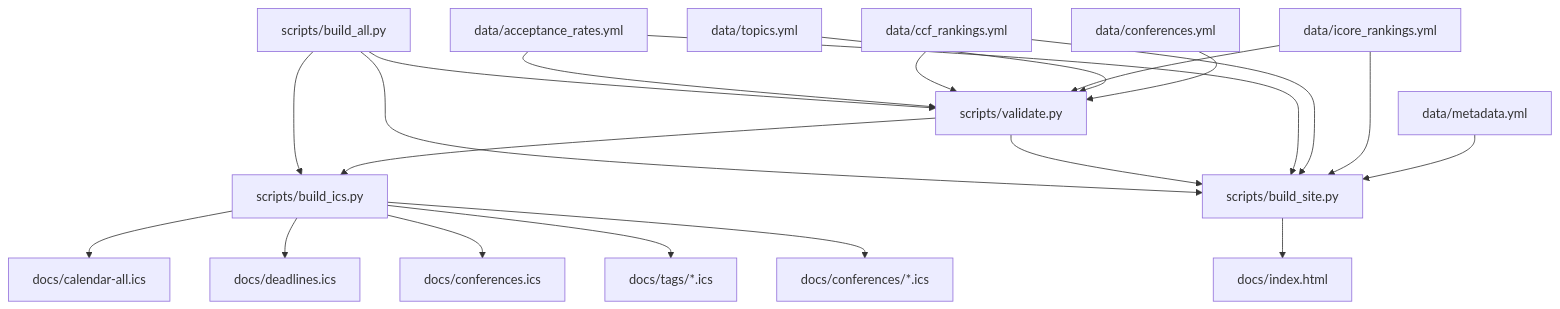
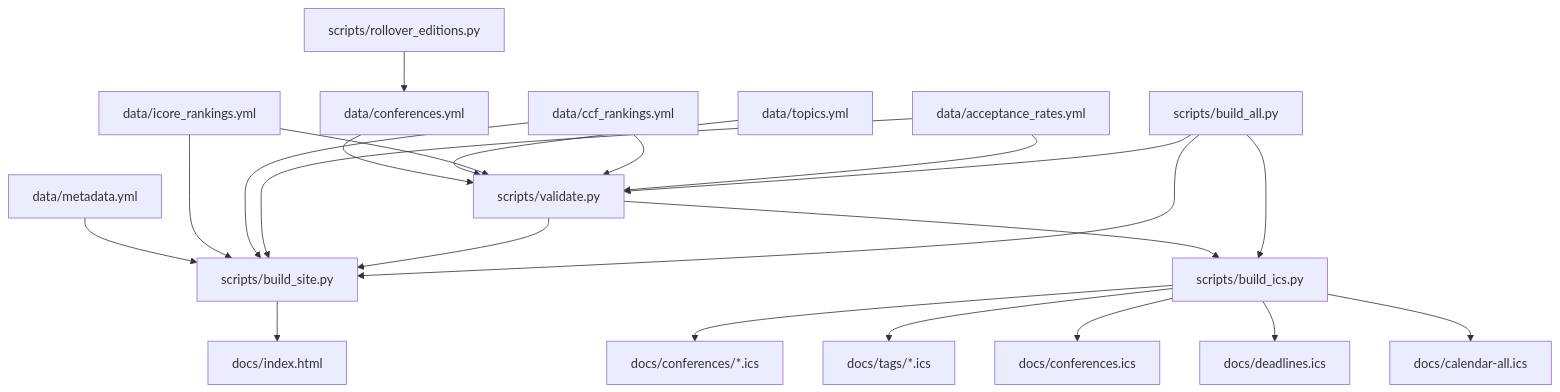
The diagram in project_docs/architecture.md (gon-uri/scientific-conference-calendar), drawn with Mermaid before and after one commit. The commit also changed other lines of this file and 72 other files, not shown here.

````diff
--- a/project_docs/architecture.md
+++ b/project_docs/architecture.md
@@ -7,23 +7,24 @@
 ```mermaid
 flowchart TD
   A["data/conferences.yml"] --> V["scripts/validate.py"]
   B["data/topics.yml"] --> V
   C["data/metadata.yml"] --> S["scripts/build_site.py"]
   R["data/icore_rankings.yml"] --> V
   R --> S
   CR["data/ccf_rankings.yml"] --> V
   CR --> S
   AR["data/acceptance_rates.yml"] --> V
   AR --> S
+  RO["scripts/rollover_editions.py"] --> A
   V --> I["scripts/build_ics.py"]
   V --> S
   I --> D1["docs/calendar-all.ics"]
   I --> D2["docs/deadlines.ics"]
   I --> D3["docs/conferences.ics"]
   I --> D4["docs/tags/*.ics"]
   I --> D5["docs/conferences/*.ics"]
   S --> H["docs/index.html"]
   BA["scripts/build_all.py"] --> V
   BA --> I
   BA --> S
 ```
````
